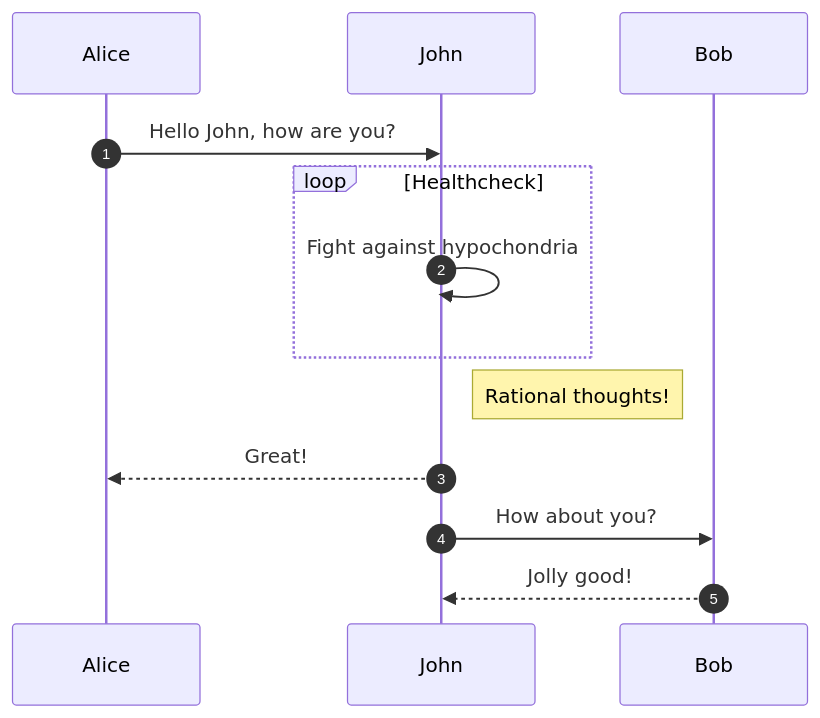
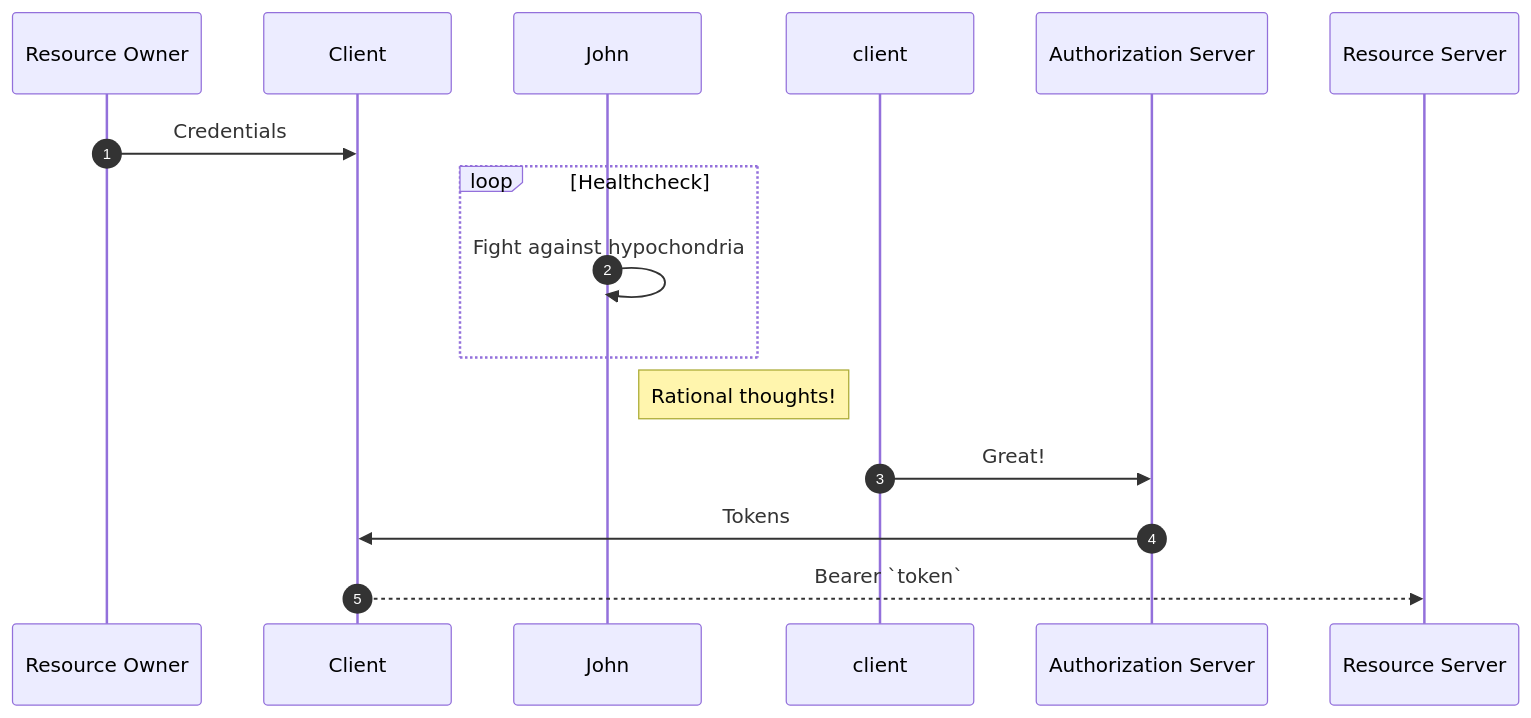
One commit to m-thirumal/oauth-authorization-server changed the diagram in docs/index.md. Above: the diagram before and after it, drawn with Mermaid. The commit also changed 1 other file, not shown here.

````diff
--- a/docs/index.md
+++ b/docs/index.md
@@ -9,13 +9,13 @@
 ``` mermaid
 sequenceDiagram
   autonumber
-  Alice->>John: Hello John, how are you?
+  Resource Owner->>Client: Credentials
   loop Healthcheck
       John->>John: Fight against hypochondria
   end
   Note right of John: Rational thoughts!
-  John-->>Alice: Great!
-  John->>Bob: How about you?
-  Bob-->>John: Jolly good!
+  client->>Authorization Server: Great!
+  Authorization Server->>Client: Tokens
+  Client-->>Resource Server: Bearer `token`
 
 ```
````
